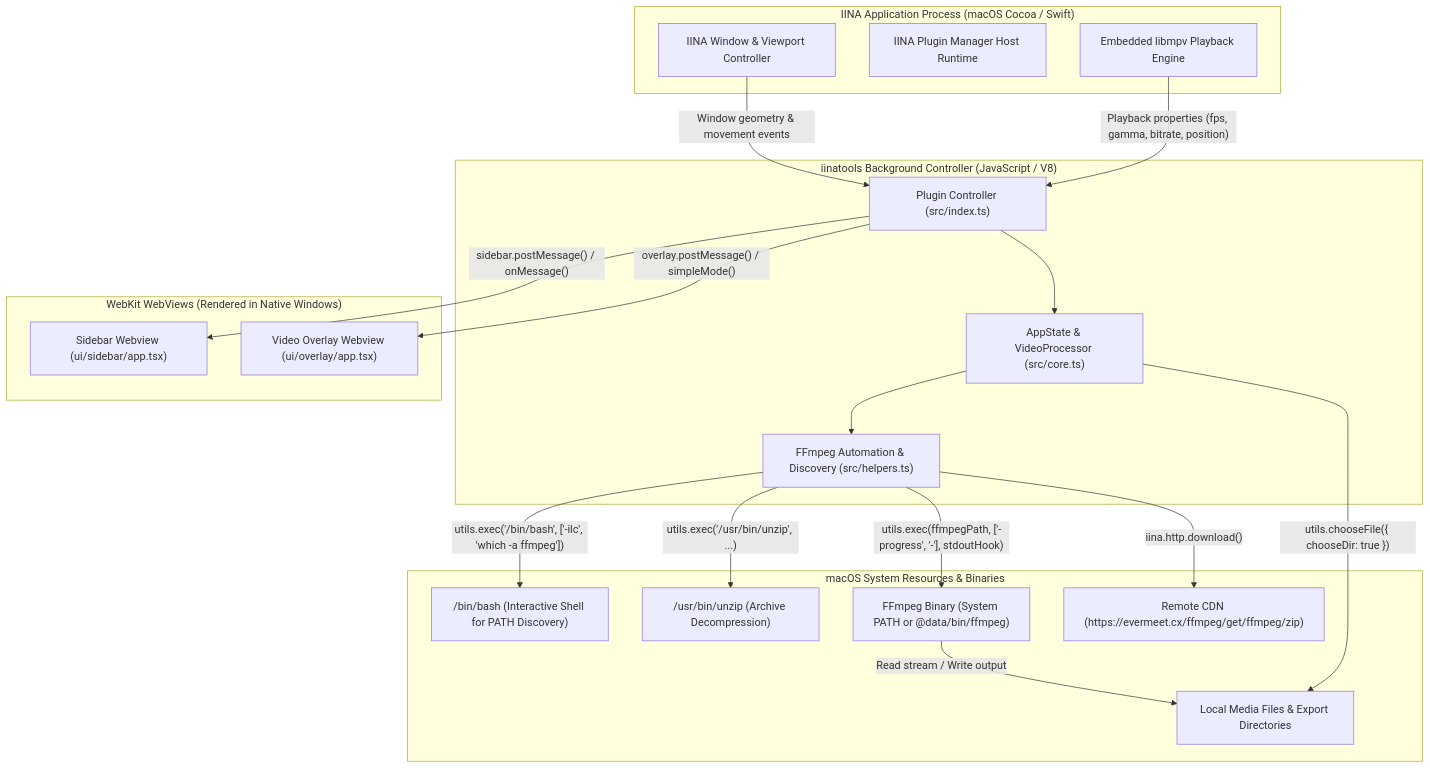
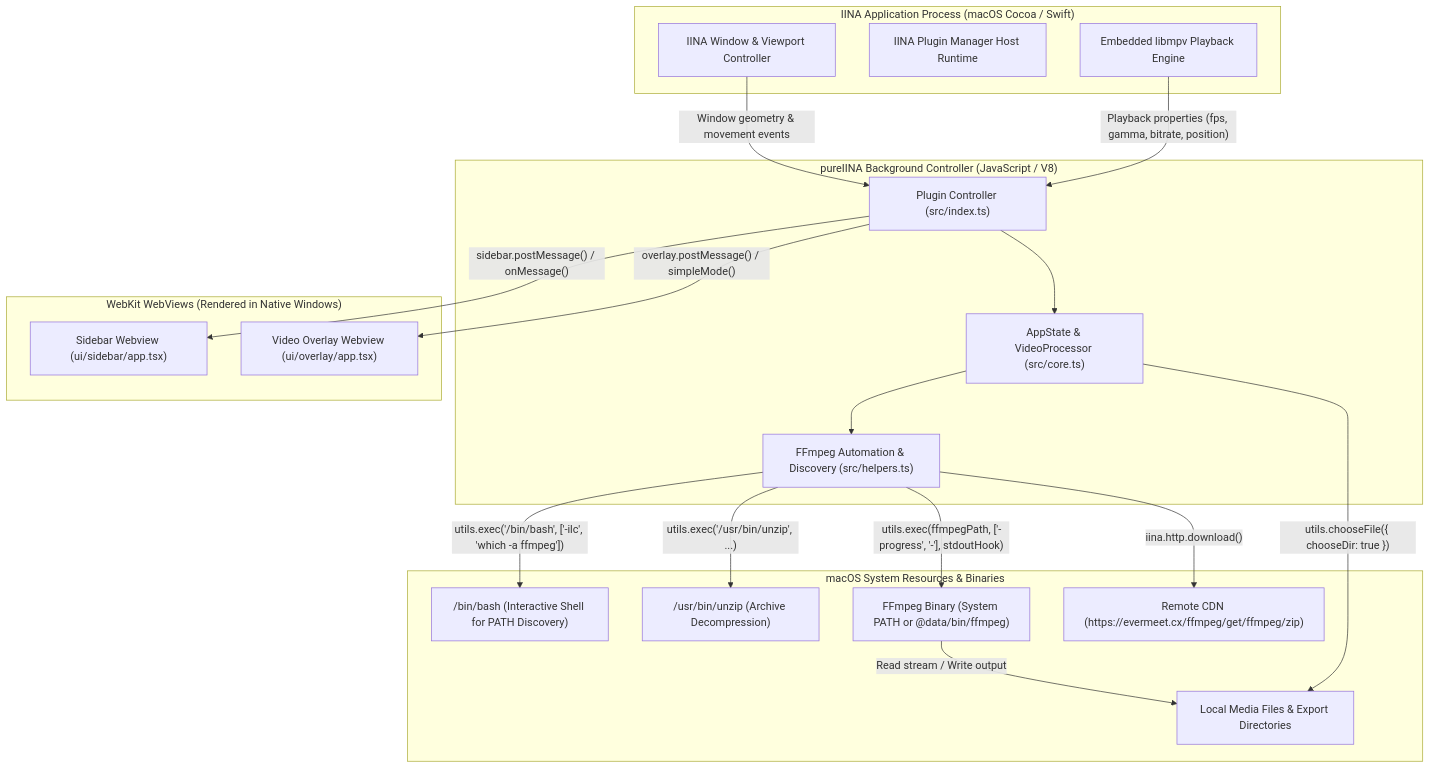
Before and after one commit to samliburd/pureIINA: the second of 7 diagrams in ARCHITECTURE.md, drawn with Mermaid. The commit also changed other lines of this file and 12 other files, not shown here.

Commit message:
Rename plugin to pureIINA and update documentation references

````diff
--- a/ARCHITECTURE.md
+++ b/ARCHITECTURE.md
@@ -117,43 +117,43 @@
 ```mermaid
 flowchart TD
     subgraph IINAHarness["IINA Application Process (macOS Cocoa / Swift)"]
         IINAWindow["IINA Window & Viewport Controller"]
         PluginManager["IINA Plugin Manager Host Runtime"]
         MPVCore["Embedded libmpv Playback Engine"]
     end
 
-    subgraph PluginCore["iinatools Background Controller (JavaScript / V8)"]
+    subgraph PluginCore["pureIINA Background Controller (JavaScript / V8)"]
         IndexModule["Plugin Controller (src/index.ts)"]
         StateEngine["AppState & VideoProcessor (src/core.ts)"]
         HelperEngine["FFmpeg Automation & Discovery (src/helpers.ts)"]
     end
 
     subgraph WebKitViews["WebKit WebViews (Rendered in Native Windows)"]
         SidebarView["Sidebar Webview (ui/sidebar/app.tsx)"]
         OverlayView["Video Overlay Webview (ui/overlay/app.tsx)"]
     end
 
     subgraph ExternalOS["macOS System Resources & Binaries"]
         BashBin["/bin/bash (Interactive Shell for PATH Discovery)"]
         UnzipBin["/usr/bin/unzip (Archive Decompression)"]
         FFmpegBin["FFmpeg Binary (System PATH or @data/bin/ffmpeg)"]
         EvermeetAPI["Remote CDN (https://evermeet.cx/ffmpeg/get/ffmpeg/zip)"]
         FSLocal["Local Media Files & Export Directories"]
     end
 
     IINAWindow -- "Window geometry & movement events" --> IndexModule
     MPVCore -- "Playback properties (fps, gamma, bitrate, position)" --> IndexModule
     IndexModule -- "sidebar.postMessage() / onMessage()" --> SidebarView
     IndexModule -- "overlay.postMessage() / simpleMode()" --> OverlayView
 
     IndexModule --> StateEngine
     StateEngine --> HelperEngine
 
     HelperEngine -- "utils.exec('/bin/bash', ['-ilc', 'which -a ffmpeg'])" --> BashBin
     HelperEngine -- "utils.exec('/usr/bin/unzip', ...)" --> UnzipBin
     HelperEngine -- "iina.http.download()" --> EvermeetAPI
     HelperEngine -- "utils.exec(ffmpegPath, ['-progress', '-'], stdoutHook)" --> FFmpegBin
 
     FFmpegBin -- "Read stream / Write output" --> FSLocal
     StateEngine -- "utils.chooseFile({ chooseDir: true })" --> FSLocal
 ```
````
